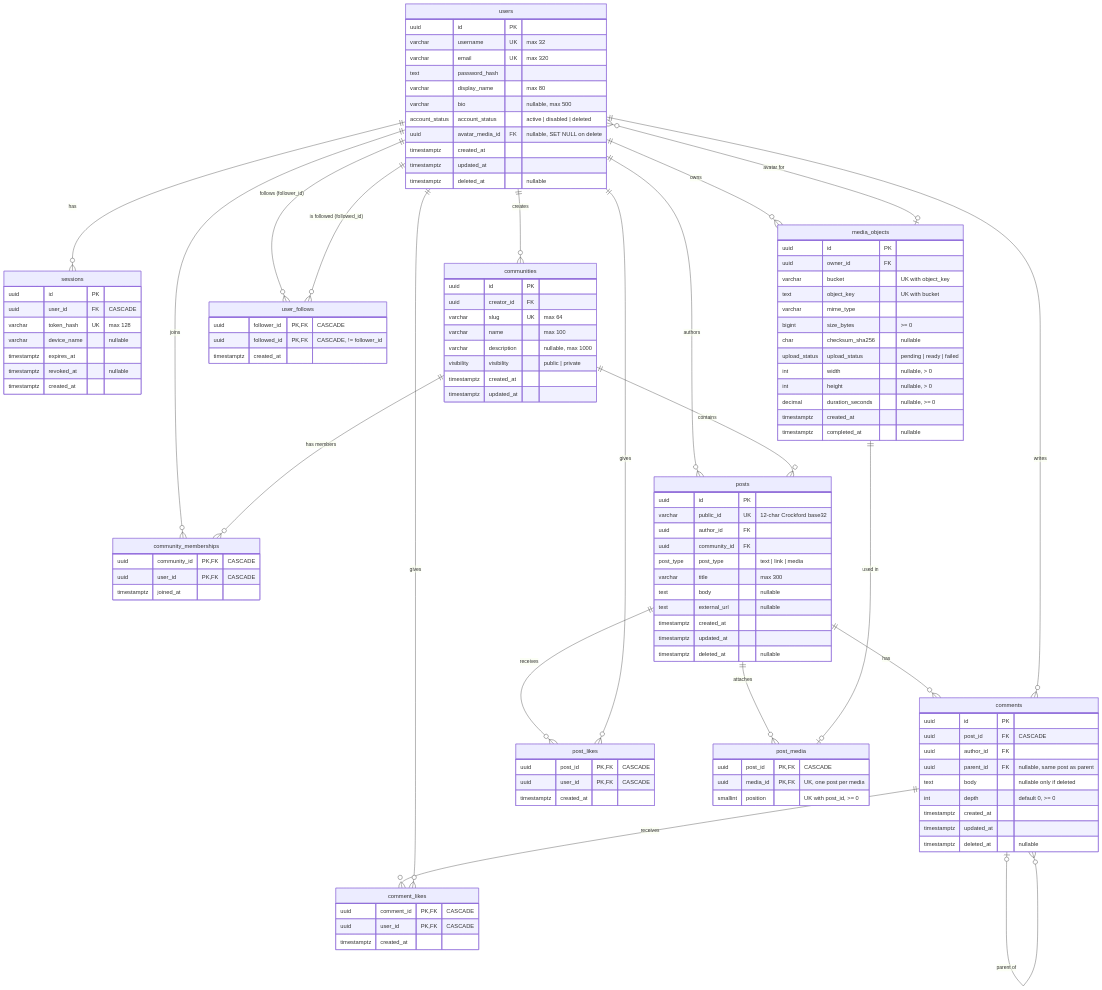
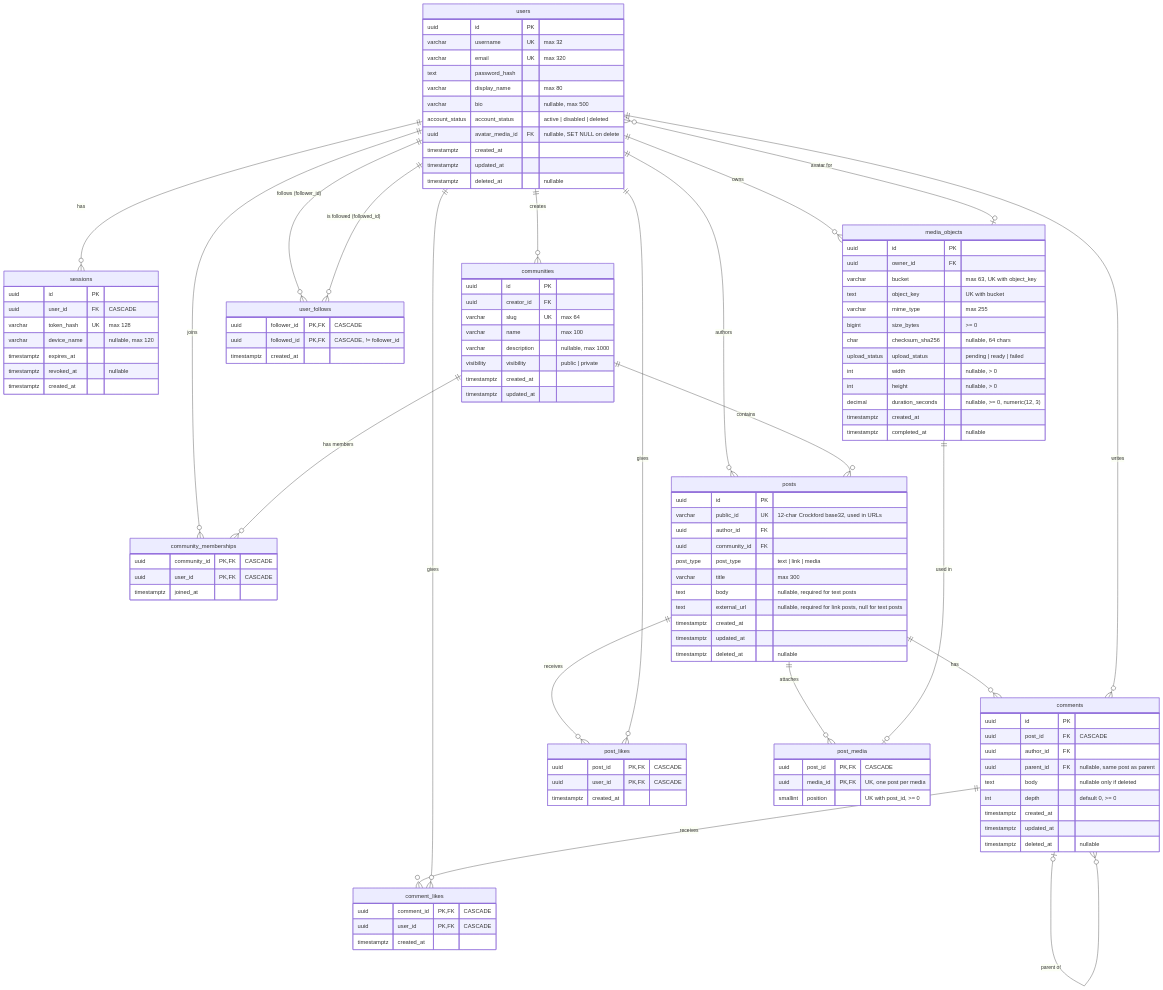
One commit to guavaneck/Final-Project-SWE changed the diagram in docs/erd.md. Above: the diagram before and after it, drawn with Mermaid. The commit also changed other lines of this file, not shown here.

Commit message:
Update the ERD to agree with the migrations
- Add the missing column limits: sessions.device_name, media_objects.bucket,
  media_objects.mime_type, media_objects.checksum_sha256 and
  media_objects.duration_seconds.
- Show the post type rules for posts.body and posts.external_url.
- Add notes about posts.id and posts.public_id, and about comments.depth.

```diff
--- a/docs/erd.md
+++ b/docs/erd.md
@@ -42,7 +42,7 @@
         uuid id PK
         uuid user_id FK "CASCADE"
         varchar token_hash UK "max 128"
-        varchar device_name "nullable"
+        varchar device_name "nullable, max 120"
         timestamptz expires_at
         timestamptz revoked_at "nullable"
         timestamptz created_at
@@ -73,13 +73,13 @@
 
     posts {
         uuid id PK
-        varchar public_id UK "12-char Crockford base32"
+        varchar public_id UK "12-char Crockford base32, used in URLs"
         uuid author_id FK
         uuid community_id FK
         post_type post_type "text | link | media"
         varchar title "max 300"
-        text body "nullable"
-        text external_url "nullable"
+        text body "nullable, required for text posts"
+        text external_url "nullable, required for link posts, null for text posts"
         timestamptz created_at
         timestamptz updated_at
         timestamptz deleted_at "nullable"
@@ -112,15 +112,15 @@
     media_objects {
         uuid id PK
         uuid owner_id FK
-        varchar bucket "UK with object_key"
+        varchar bucket "max 63, UK with object_key"
         text object_key "UK with bucket"
-        varchar mime_type
+        varchar mime_type "max 255"
         bigint size_bytes ">= 0"
-        char checksum_sha256 "nullable"
+        char checksum_sha256 "nullable, 64 chars"
         upload_status upload_status "pending | ready | failed"
         int width "nullable, > 0"
         int height "nullable, > 0"
-        decimal duration_seconds "nullable, >= 0"
+        decimal duration_seconds "nullable, >= 0, numeric(12, 3)"
         timestamptz created_at
         timestamptz completed_at "nullable"
     }
```
